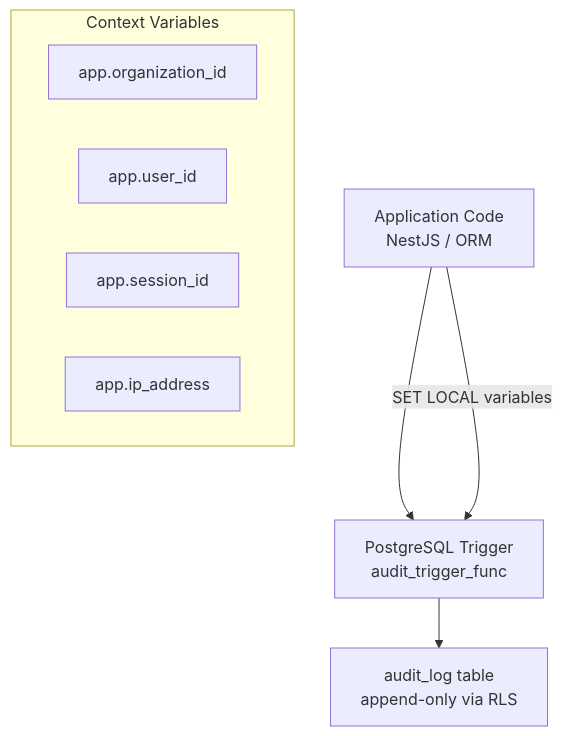
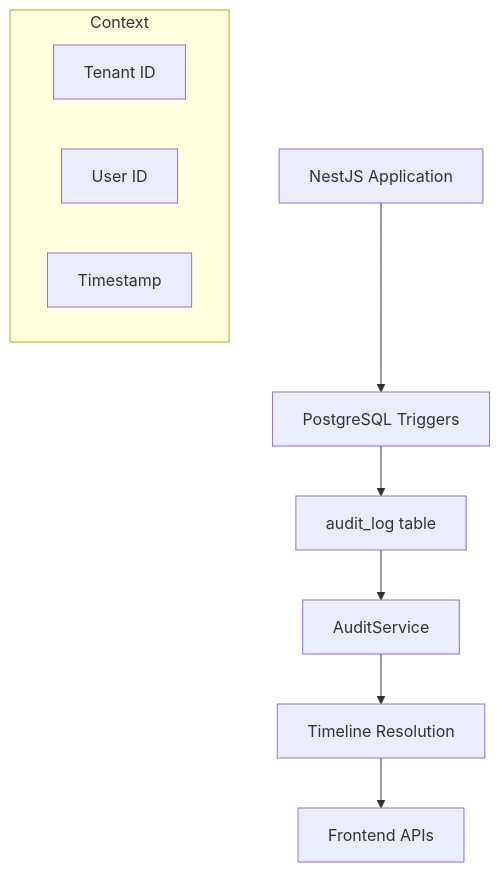
Before and after one commit to tech-propwise-org/docs: the diagram in backend/audit-module.mdx, drawn with Mermaid. The commit also changed other lines of this file and 41 other files, not shown here.

````diff
--- a/backend/audit-module.mdx
+++ b/backend/audit-module.mdx
@@ -14,13 +22,14 @@
 ```mermaid
 graph TB
-    A[Application Code<br/>NestJS / ORM] --> B[PostgreSQL Trigger<br/>audit_trigger_func]
-    A --> |SET LOCAL variables| B
-    B --> C[audit_log table<br/>append-only via RLS]
+    A[NestJS Application] --> B[PostgreSQL Triggers]
+    B --> C[audit_log table]
+    C --> D[AuditService]
+    D --> E[Timeline Resolution]
+    E --> F[Frontend APIs]
     
-    subgraph "Context Variables"
-        D[app.organization_id]
-        E[app.user_id]
-        F[app.session_id]
-        G[app.ip_address]
+    subgraph "Context"
+        G[Tenant ID]
+        H[User ID]
+        I[Timestamp]
     end
 ```
````
